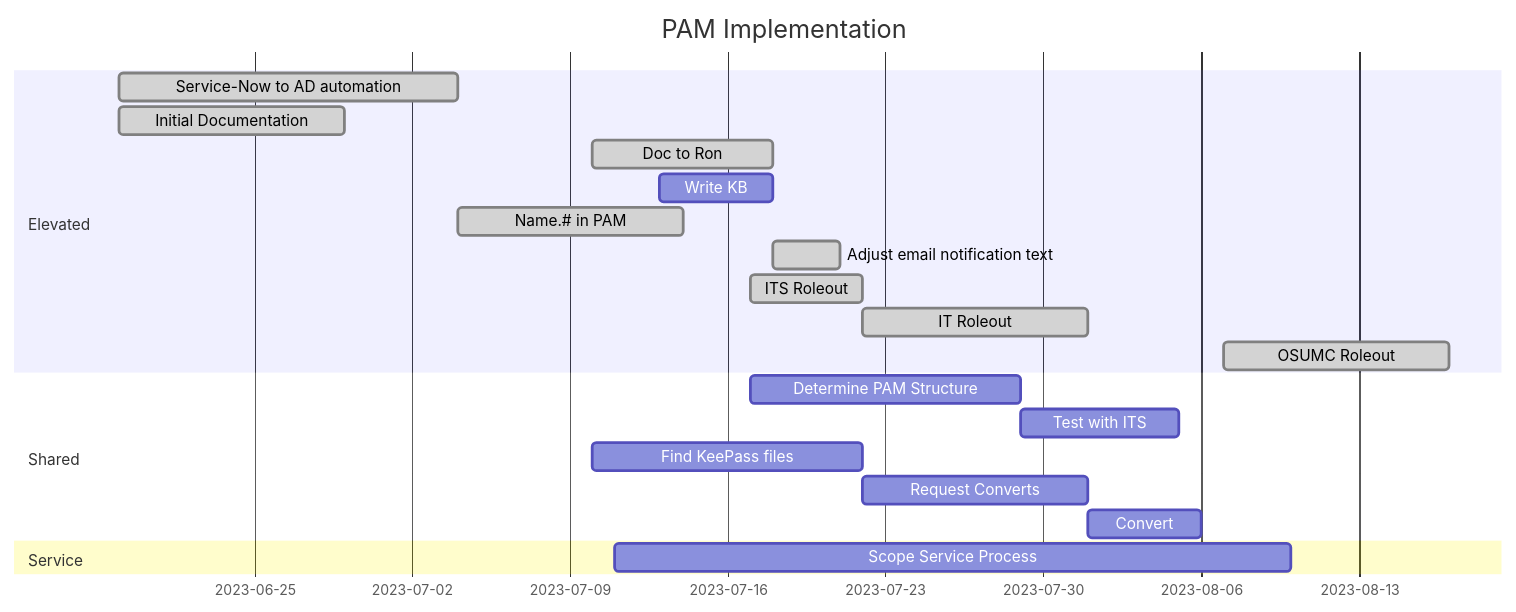
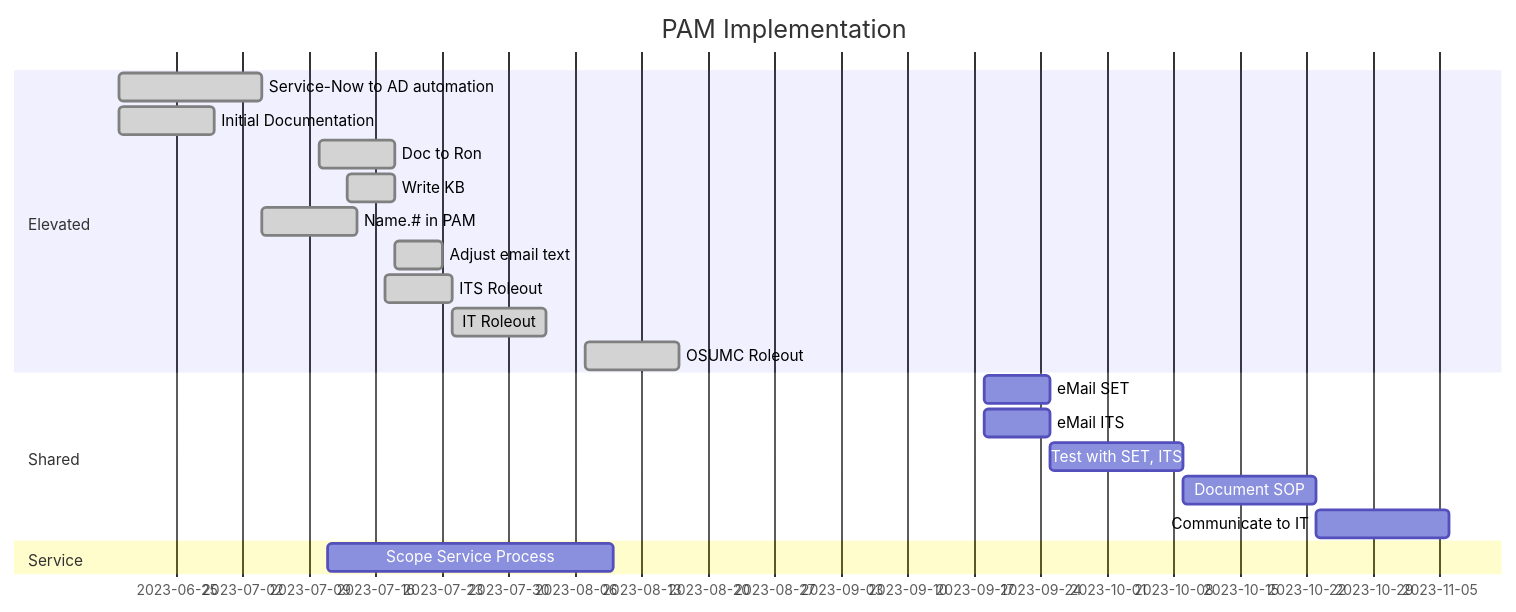
One commit to stahler/MermaidDiagrams changed the diagram in PAM.md. Above: the diagram before and after it, drawn with Mermaid.

````diff
--- a/PAM.md
+++ b/PAM.md
@@ -1,29 +1,30 @@
 ```mermaid
 
 gantt
     title PAM Implementation
     dateFormat  YYYY-MM-DD
     tickinterval 1week
     todayMarker on
 
     section Elevated
     Service-Now to AD automation    :done, a1, 2023-06-19, 15d
     Initial Documentation           :done, 2023-06-19,10d
     Doc to Ron                      :done, 2023-07-10, 8d
-    Write KB                        :2023-07-13, 5d
+    Write KB                        :done, 2023-07-13, 5d
     Name.#35; in PAM                :done, after a1, 10d
-    Adjust email notification text  :done, 2023-07-18,3d
-    ITS Roleout                     :done, a3, 2023-07-17, 5d
+    Adjust email text               :done, 2023-07-18,5d
+    ITS Roleout                     :done, a3, 2023-07-17, 1w
     IT Roleout                      :done,a4, after a3, 10d
     OSUMC Roleout                   :done, 2023-08-07, 10d
 
     section Shared
-    Determine PAM Structure         :s1, 2023-07-17, 12d
-    Test with ITS                   :after s1,7d
-    Find KeePass files              :s2, 2023-07-10, 12d
-    Request Converts                :s3, after s2, 10d
-    Convert                         :after s3, 5d
+    eMail SET                       :s1, 2023-09-18, 1w
+    eMail ITS                       :s2, 2023-09-18, 1w
+    Test with SET, ITS              :s3, after s1 s2, 2w
+    Document SOP                    :s4, after s3, 2w
+    Communicate to IT               :s5, after s4, 2w
+    
 
     section Service
     Scope Service Process           :2023-07-11, 30d
 ```
````
